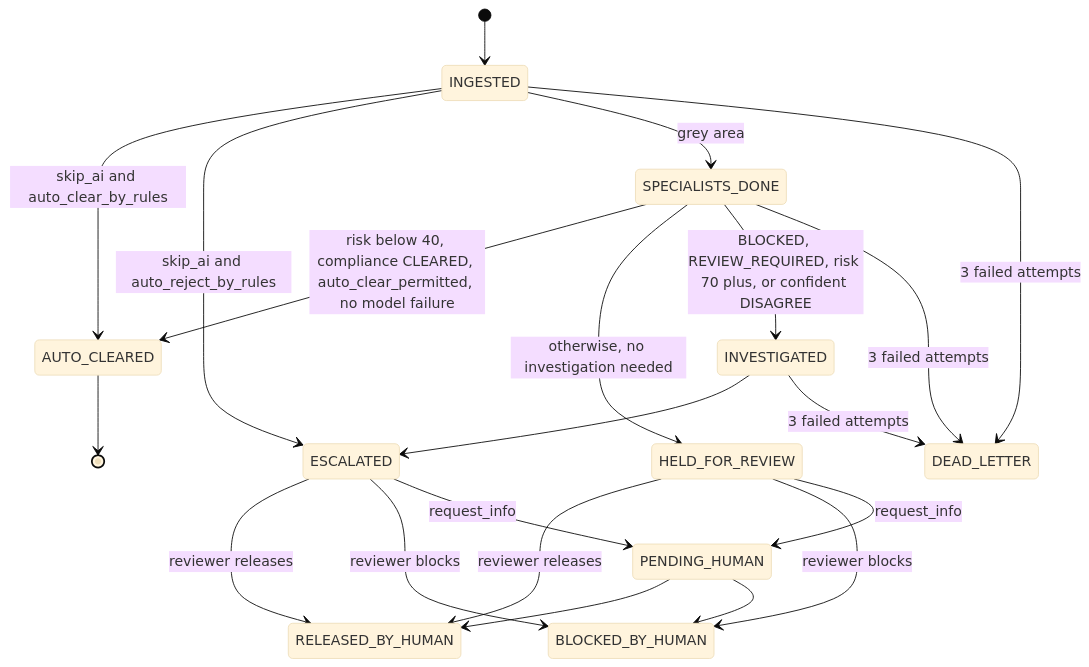
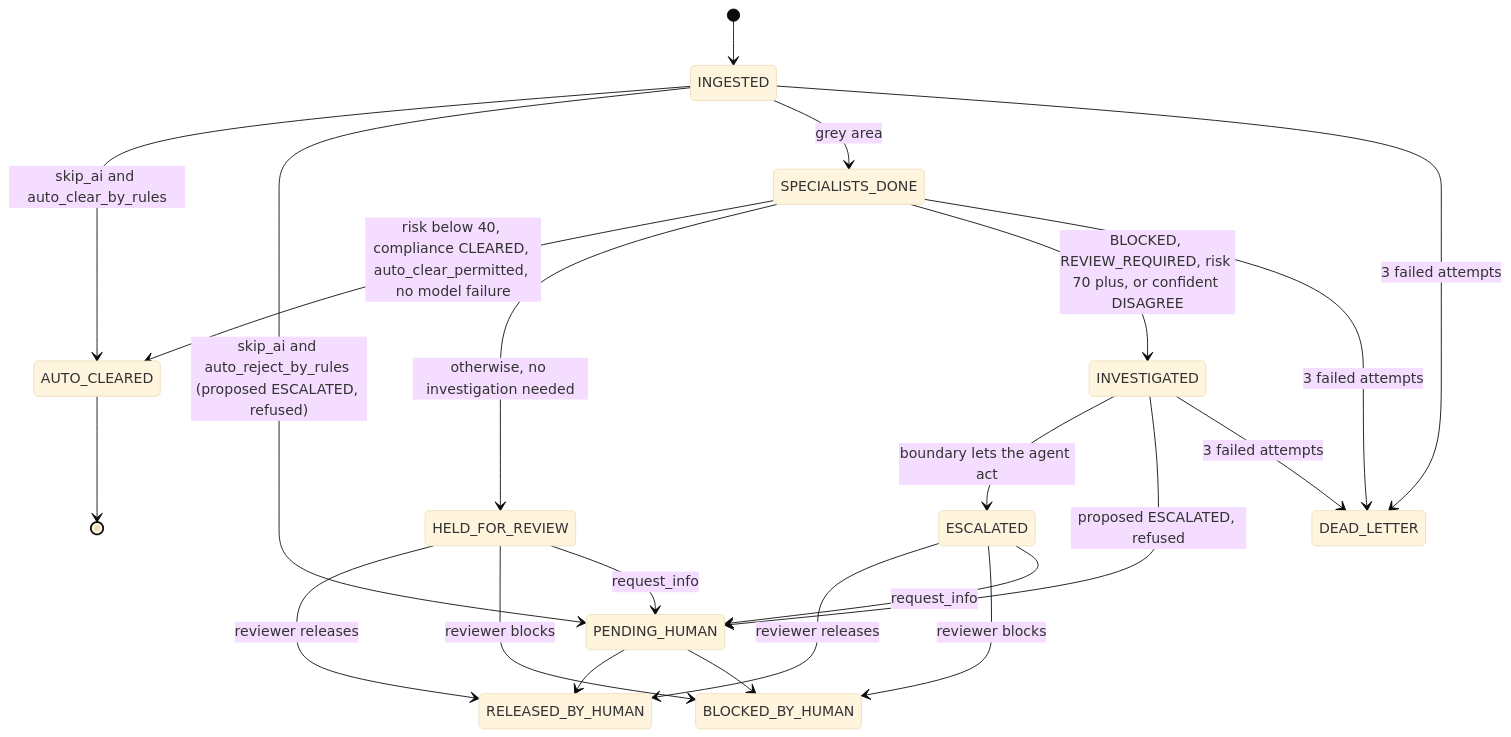
One commit to hoachauphuoc/vf-logistics-nebius-nvidia changed the second of 4 diagrams in docs/ARCHITECTURE.md. Above: the diagram before and after it, drawn with Mermaid (base theme). The commit also changed other lines of this file and 10 other files, not shown here.

First line of the commit message:
Docs: finish ARCHITECTURE, PROJECT_STORY, DEMO_SCRIPT, diagrams and console help text

````diff
--- a/docs/ARCHITECTURE.md
+++ b/docs/ARCHITECTURE.md
@@ -333,28 +337,29 @@
 ```mermaid
 stateDiagram-v2
     [*] --> INGESTED
 
     INGESTED --> AUTO_CLEARED: skip_ai and auto_clear_by_rules
-    INGESTED --> ESCALATED: skip_ai and auto_reject_by_rules
+    INGESTED --> PENDING_HUMAN: skip_ai and auto_reject_by_rules (proposed ESCALATED, refused)
     INGESTED --> SPECIALISTS_DONE: grey area
 
     SPECIALISTS_DONE --> AUTO_CLEARED: risk below 40, compliance CLEARED, auto_clear_permitted, no model failure
     SPECIALISTS_DONE --> HELD_FOR_REVIEW: otherwise, no investigation needed
     SPECIALISTS_DONE --> INVESTIGATED: BLOCKED, REVIEW_REQUIRED, risk 70 plus, or confident DISAGREE
 
-    INVESTIGATED --> ESCALATED
+    INVESTIGATED --> ESCALATED: boundary lets the agent act
+    INVESTIGATED --> PENDING_HUMAN: proposed ESCALATED, refused
 
     AUTO_CLEARED --> [*]
     HELD_FOR_REVIEW --> RELEASED_BY_HUMAN: reviewer releases
     HELD_FOR_REVIEW --> BLOCKED_BY_HUMAN: reviewer blocks
     ESCALATED --> RELEASED_BY_HUMAN: reviewer releases
     ESCALATED --> BLOCKED_BY_HUMAN: reviewer blocks
     HELD_FOR_REVIEW --> PENDING_HUMAN: request_info
     ESCALATED --> PENDING_HUMAN: request_info
     PENDING_HUMAN --> RELEASED_BY_HUMAN
     PENDING_HUMAN --> BLOCKED_BY_HUMAN
 
     INGESTED --> DEAD_LETTER: 3 failed attempts
     SPECIALISTS_DONE --> DEAD_LETTER: 3 failed attempts
     INVESTIGATED --> DEAD_LETTER: 3 failed attempts
 ```
````
